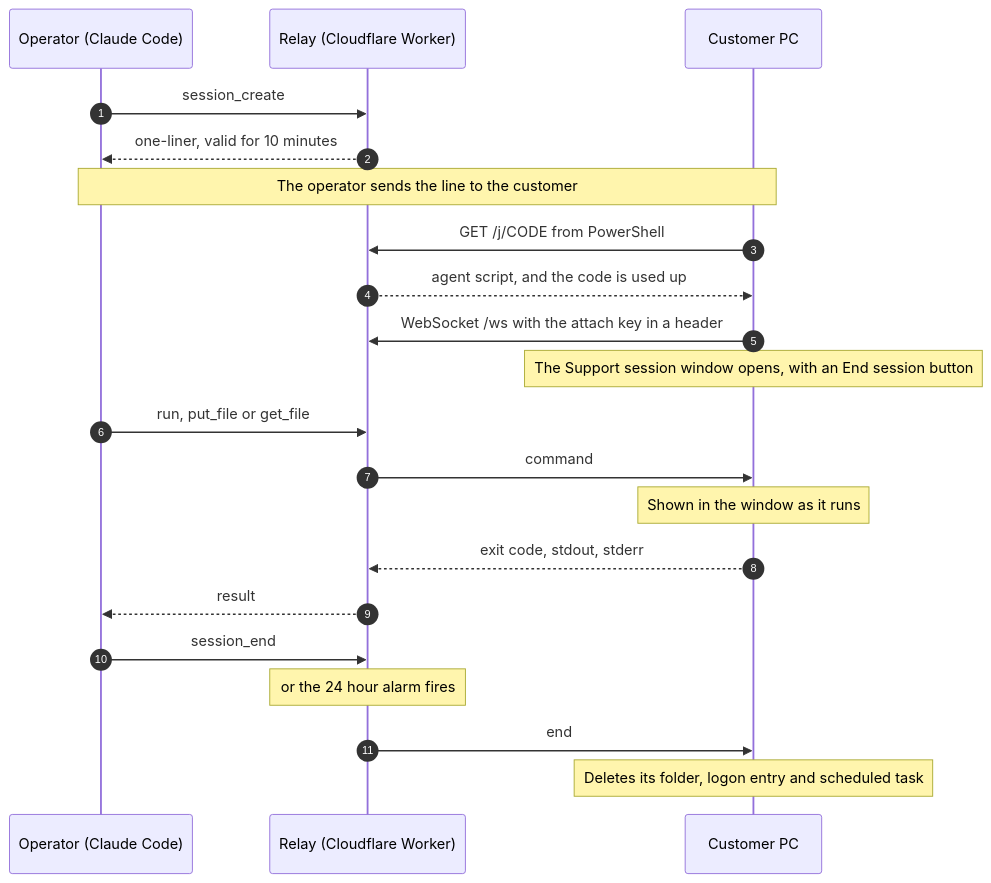
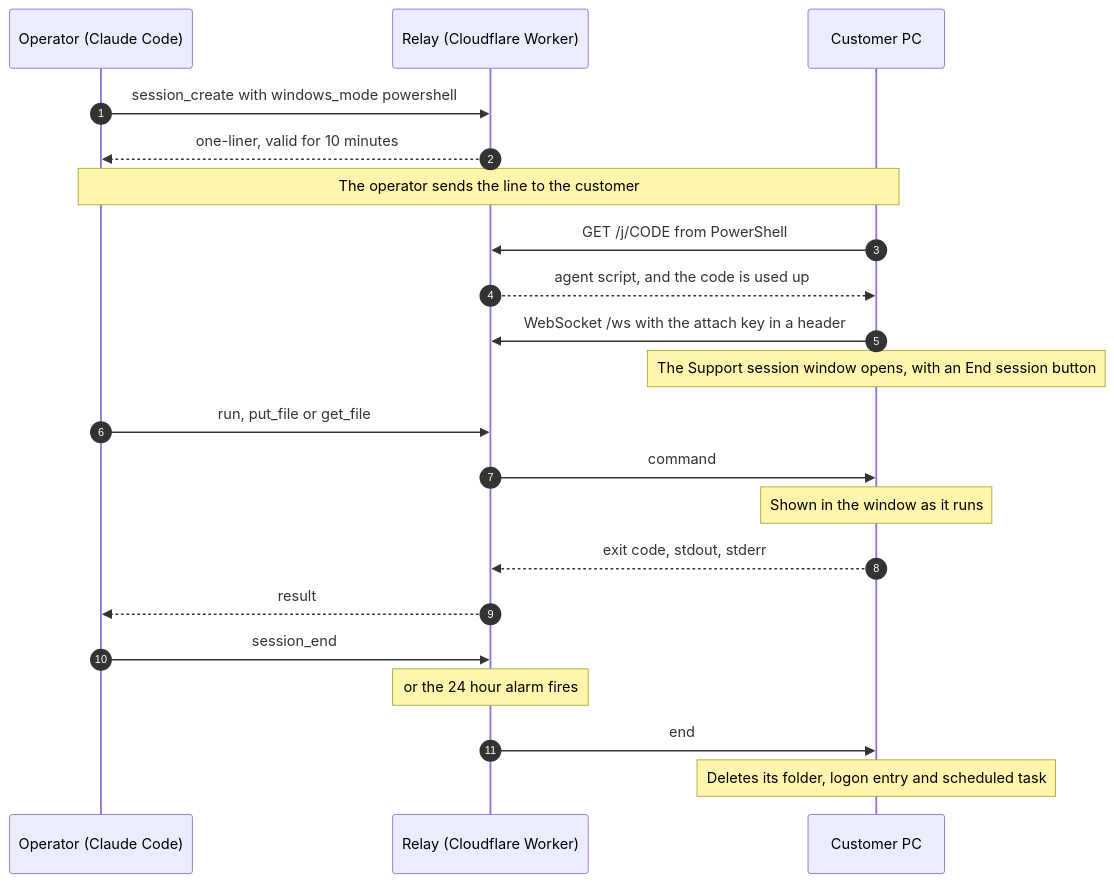
The second of 3 diagrams in README.md (SUKARDADDY/Support-MCP), drawn with Mermaid before and after one commit. The commit also changed other lines of this file and 16 other files, not shown here.

````diff
--- a/README.md
+++ b/README.md
@@ -60,23 +132,23 @@
 ```mermaid
 sequenceDiagram
   autonumber
   participant Op as Operator (Claude Code)
   participant W as Relay (Cloudflare Worker)
   participant PC as Customer PC
-  Op->>W: session_create
+  Op->>W: session_create with windows_mode powershell
   W-->>Op: one-liner, valid for 10 minutes
   Note over Op,PC: The operator sends the line to the customer
   PC->>W: GET /j/CODE from PowerShell
   W-->>PC: agent script, and the code is used up
   PC->>W: WebSocket /ws with the attach key in a header
   Note over PC: The Support session window opens, with an End session button
   Op->>W: run, put_file or get_file
   W->>PC: command
   Note over PC: Shown in the window as it runs
   PC-->>W: exit code, stdout, stderr
   W-->>Op: result
   Op->>W: session_end
   Note over W: or the 24 hour alarm fires
   W->>PC: end
   Note over PC: Deletes its folder, logon entry and scheduled task
 ```
````
